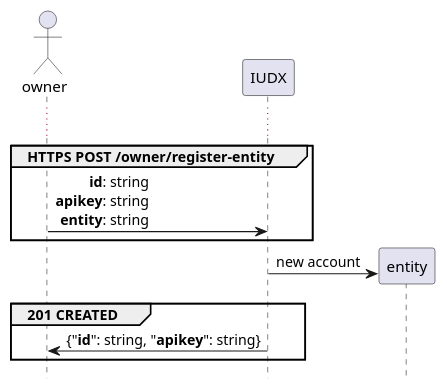
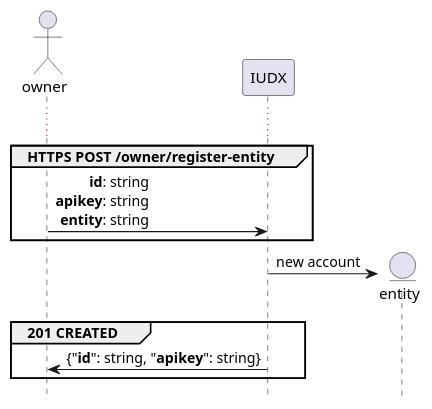
One commit to rbccps-iisc/corinthian changed the diagram in DOCS/api/register-entity.plantuml. Above: the diagram before and after it, drawn with PlantUML. The commit also changed 3 other files, not shown here.

Commit message:
[skip travis] update diagrams

```diff
--- a/DOCS/api/register-entity.plantuml
+++ b/DOCS/api/register-entity.plantuml
@@ -1,18 +1,18 @@
 actor owner
 hide footbox
 ...
 
 group HTTPS POST /owner/register-entity
 
 owner -> IUDX: **id**: string\r**apikey**: string\r**entity**: string
 
 end
 
-create entity
+create entity entity
 IUDX -> entity : new account
 
 group 201 CREATED
 IUDX -> owner: {"**id**": string, "**apikey**": string}
 end
 
 @enduml
```
